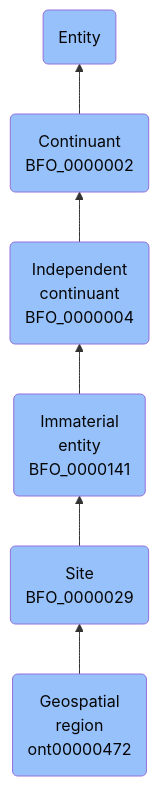
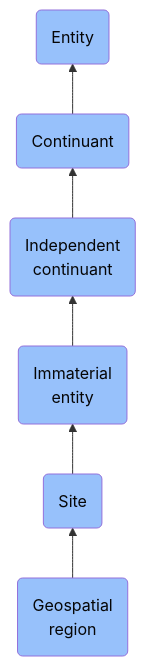
Before and after one commit to jupyter-naas/abi: the diagram in docs/ontology/reference/model/Entity/Continuant/Independent continuant/Immaterial entity/Site/Geospatial region/Geospatial region.md, drawn with Mermaid. The commit also changed other lines of this file and 1430 other files, not shown here.

````diff
--- a/docs/ontology/reference/model/Entity/Continuant/Independent continuant/Immaterial entity/Site/Geospatial region/Geospatial region.md
+++ b/docs/ontology/reference/model/Entity/Continuant/Independent continuant/Immaterial entity/Site/Geospatial region/Geospatial region.md
@@ -24,13 +24,13 @@
 ```mermaid
 graph BT
-    ont00000472(Geospatial<br>region<br>ont00000472):::BFO-->BFO_0000029
-    BFO_0000029(Site<br>BFO_0000029):::BFO-->BFO_0000141
-    BFO_0000141(Immaterial<br>entity<br>BFO_0000141):::BFO-->BFO_0000004
-    BFO_0000004(Independent<br>continuant<br>BFO_0000004):::BFO-->BFO_0000002
-    BFO_0000002(Continuant<br>BFO_0000002):::BFO-->BFO_0000001
+    ont00000472(Geospatial<br>region):::BFO-->BFO_0000029
+    BFO_0000029(Site):::BFO-->BFO_0000141
+    BFO_0000141(Immaterial<br>entity):::BFO-->BFO_0000004
+    BFO_0000004(Independent<br>continuant):::BFO-->BFO_0000002
+    BFO_0000002(Continuant):::BFO-->BFO_0000001
     BFO_0000001(Entity):::BFO
     
     classDef BFO fill:#97c1fb,color:#060606
     classDef CCO fill:#e4c51e,color:#060606
     classDef ABI fill:#48DD82,color:#060606
 ```
````
